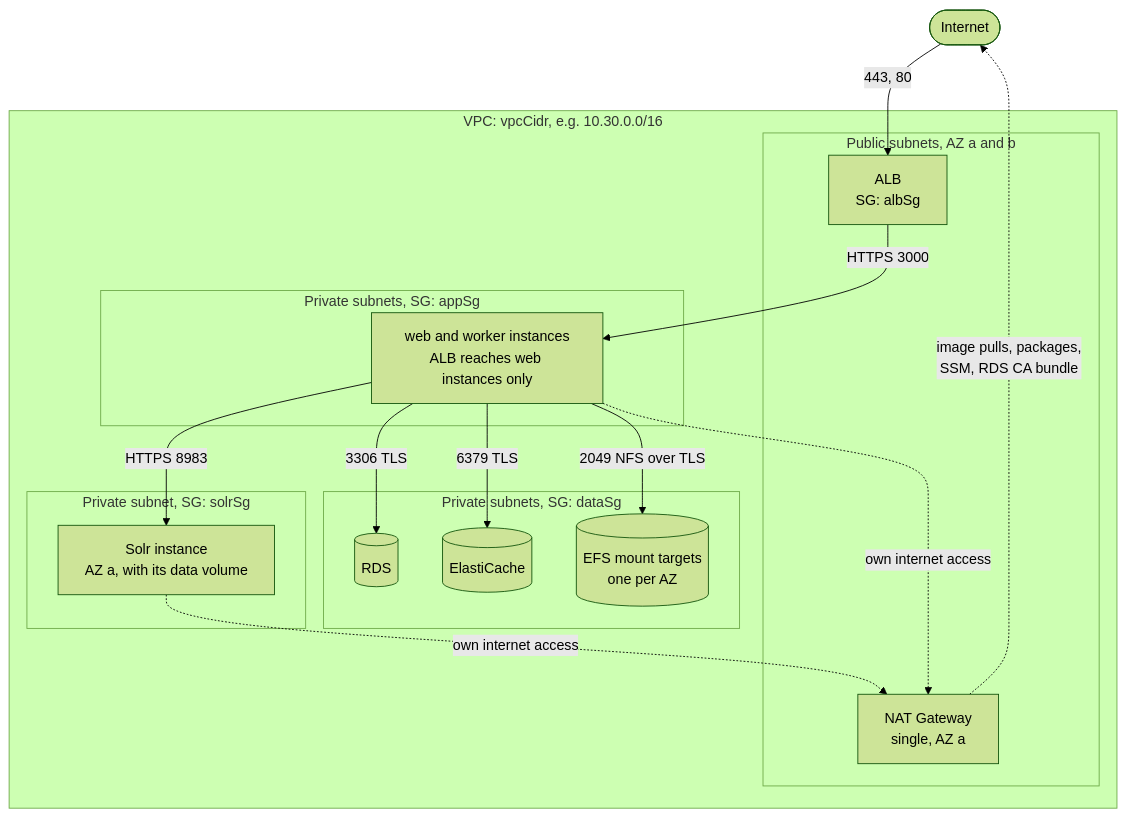
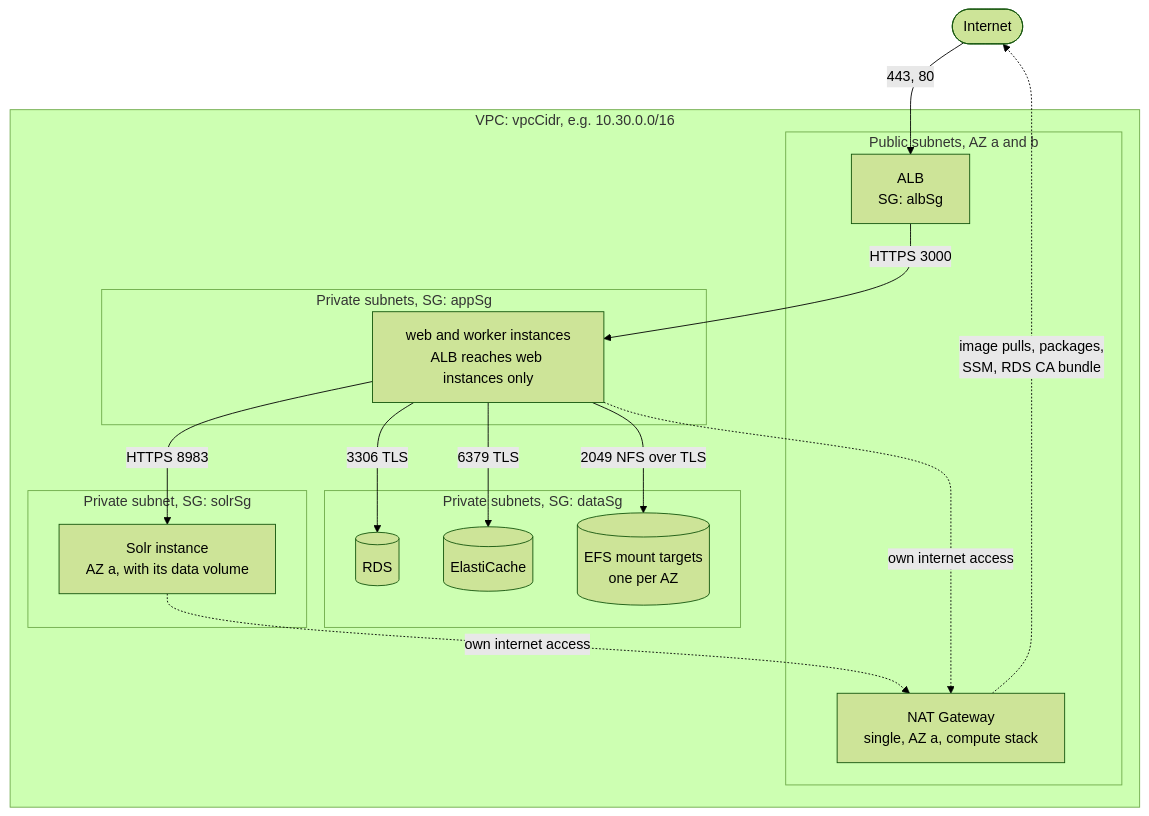
Before and after one commit to seek4science/seek: the third of 4 diagrams in docs/pulumi-architecture.md, drawn with Mermaid (forest theme). The commit also changed other lines of this file and 4 other files, not shown here.

````diff
--- a/docs/pulumi-architecture.md
+++ b/docs/pulumi-architecture.md
@@ -139,34 +140,34 @@
 ```mermaid
 flowchart TB
     internet(["Internet"])
 
     subgraph vpc["VPC: vpcCidr, e.g. 10.30.0.0/16"]
         subgraph public["Public subnets, AZ a and b"]
             alb["ALB<br/>SG: albSg"]
-            nat["NAT Gateway<br/>single, AZ a"]
+            nat["NAT Gateway<br/>single, AZ a, compute stack"]
         end
 
         subgraph appsg["Private subnets, SG: appSg"]
             instances["web and worker instances<br/>ALB reaches web instances only"]
         end
 
         subgraph solrsg["Private subnet, SG: solrSg"]
             solr["Solr instance<br/>AZ a, with its data volume"]
         end
 
         subgraph datasg["Private subnets, SG: dataSg"]
             rds[("RDS")]
             redis[("ElastiCache")]
             efs[("EFS mount targets<br/>one per AZ")]
         end
     end
 
     internet -- "443, 80" --> alb
     alb -- "HTTPS 3000" --> instances
     instances -- "HTTPS 8983" --> solr
     instances -- "3306 TLS" --> rds
     instances -- "6379 TLS" --> redis
     instances -- "2049 NFS over TLS" --> efs
     instances & solr -. "own internet access" .-> nat
     nat -. "image pulls, packages,<br/>SSM, RDS CA bundle" .-> internet
 ```
````
